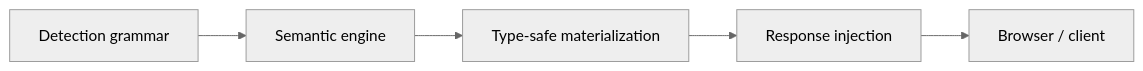
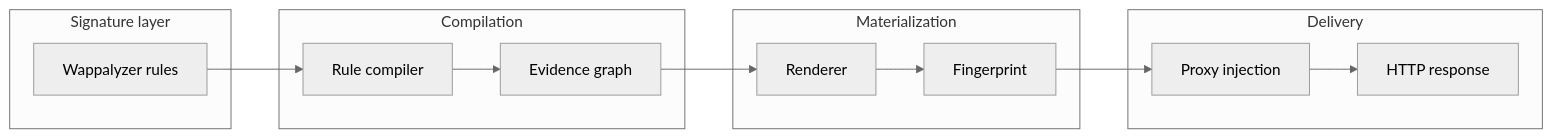
Before and after one commit to 0x48piraj/wapparalyser: the fourth of 4 diagrams in README.md, drawn with Mermaid (neutral theme). The commit also changed other lines of this file and 7 other files, not shown here.

First line of the commit message:
refactor: nuke normalization hell with rule compiler

````diff
--- a/README.md
+++ b/README.md
@@ -202,12 +191,28 @@
 ```mermaid
 flowchart LR
-    G1[Detection grammar]
-    E1[Semantic engine]
-    M1[Type-safe materialization]
-    I1[Response injection]
+    subgraph SignatureLayer["Signature layer"]
+        G1[Wappalyzer rules]
+    end
 
-    G1 --> E1
-    E1 --> M1
-    M1 --> I1
-    I1 --> C1[Browser / client]
+    subgraph Compilation["Compilation"]
+        C1[Rule compiler]
+        C2[Evidence graph]
+    end
+
+    subgraph Materialization["Materialization"]
+        R1[Renderer]
+        R2[Fingerprint]
+    end
+
+    subgraph Delivery["Delivery"]
+        P1[Proxy injection]
+        P2[HTTP response]
+    end
+
+    G1 --> C1
+    C1 --> C2
+    C2 --> R1
+    R1 --> R2
+    R2 --> P1
+    P1 --> P2
 ```
````
